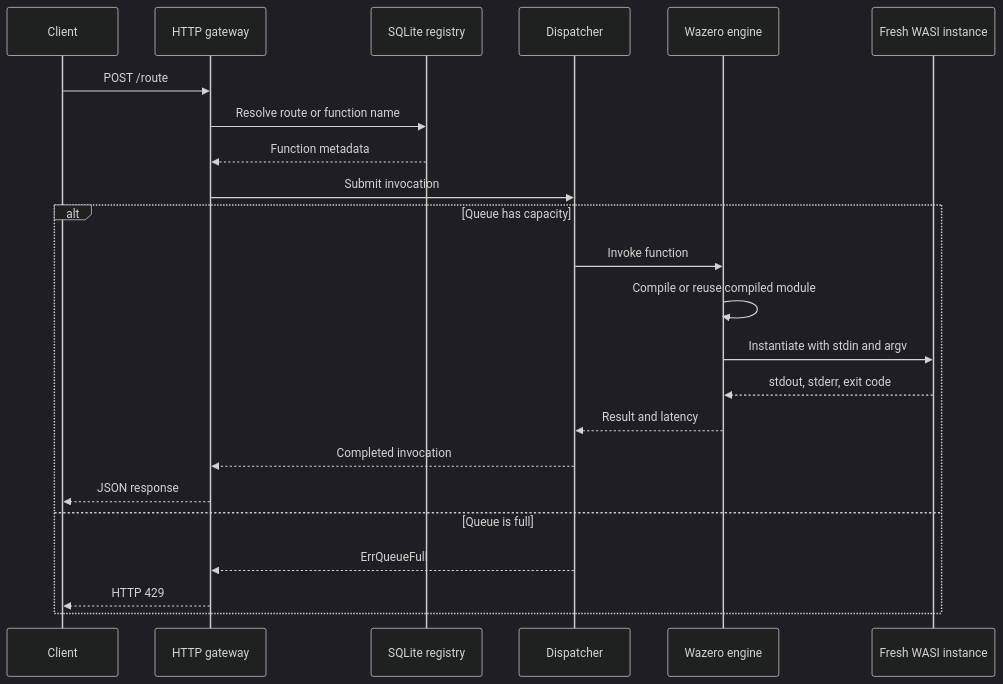
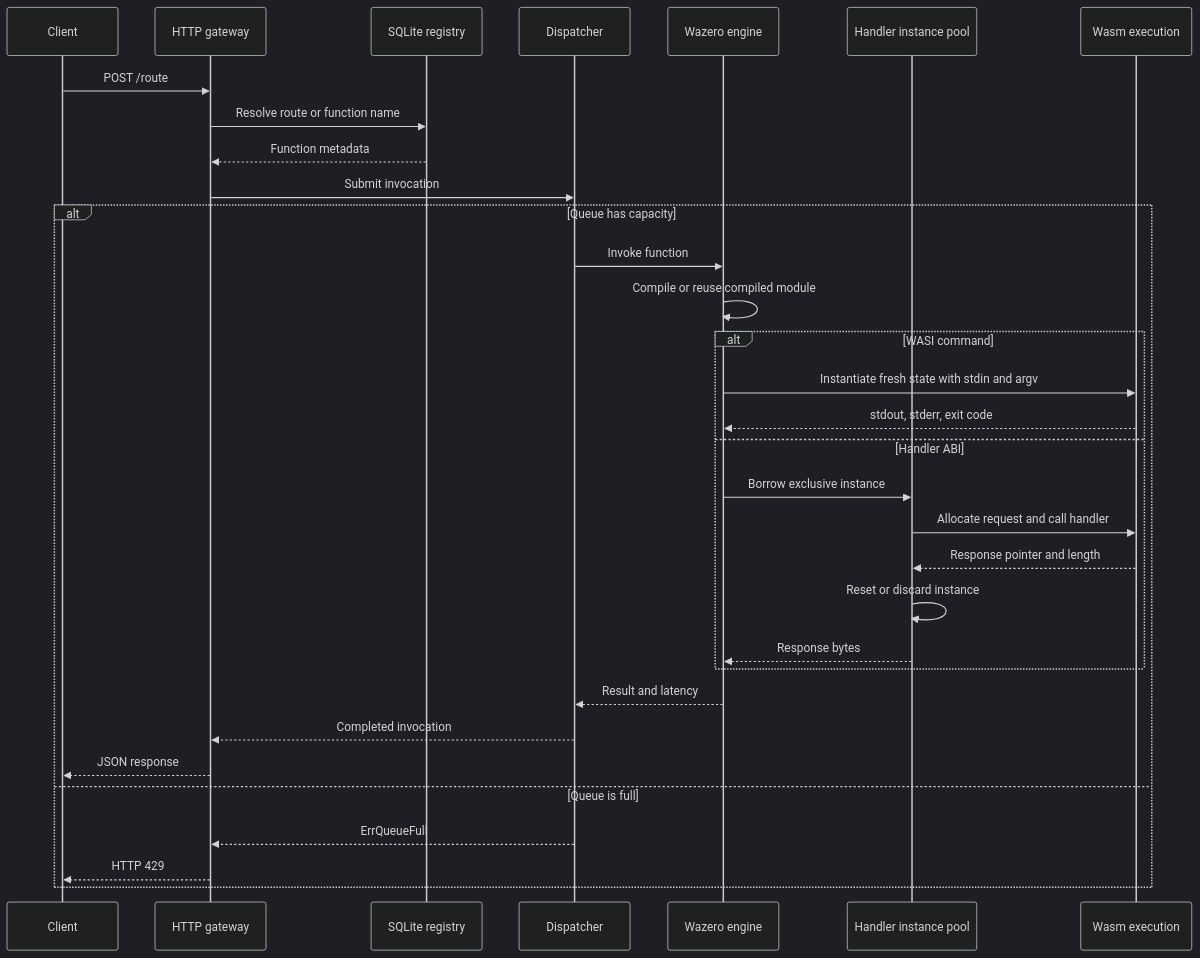
The diagram in README.md (AppajiDheeraj/wasmdee), drawn with Mermaid (dark theme) before and after one commit. The commit also changed other lines of this file and 47 other files, not shown here.

Commit message:
feat: Implement handler instance pooling and deployment policies

````diff
--- a/README.md
+++ b/README.md
@@ -127,27 +129,36 @@
 ```mermaid
 sequenceDiagram
     participant Client
     participant Gateway as HTTP gateway
     participant Registry as SQLite registry
     participant Dispatcher
     participant Engine as Wazero engine
-    participant Module as Fresh WASI instance
+    participant Pool as Handler instance pool
+    participant Module as Wasm execution
 
     Client->>Gateway: POST /route
     Gateway->>Registry: Resolve route or function name
     Registry-->>Gateway: Function metadata
     Gateway->>Dispatcher: Submit invocation
 
     alt Queue has capacity
         Dispatcher->>Engine: Invoke function
         Engine->>Engine: Compile or reuse compiled module
-        Engine->>Module: Instantiate with stdin and argv
-        Module-->>Engine: stdout, stderr, exit code
+        alt WASI command
+            Engine->>Module: Instantiate fresh state with stdin and argv
+            Module-->>Engine: stdout, stderr, exit code
+        else Handler ABI
+            Engine->>Pool: Borrow exclusive instance
+            Pool->>Module: Allocate request and call handler
+            Module-->>Pool: Response pointer and length
+            Pool->>Pool: Reset or discard instance
+            Pool-->>Engine: Response bytes
+        end
         Engine-->>Dispatcher: Result and latency
         Dispatcher-->>Gateway: Completed invocation
         Gateway-->>Client: JSON response
     else Queue is full
         Dispatcher-->>Gateway: ErrQueueFull
         Gateway-->>Client: HTTP 429
     end
 ```
````
